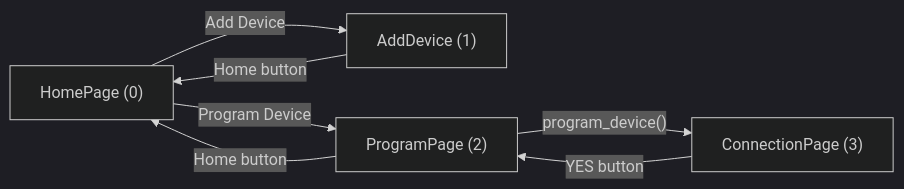
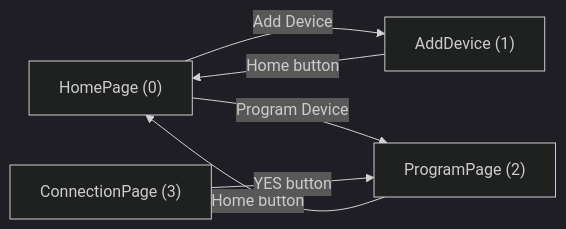
One commit to nlehnhof/ProgrammingWorkstation changed the second of 6 diagrams in documentation/WORKFLOW.md. Above: the diagram before and after it, drawn with Mermaid (dark theme). The commit also changed other lines of this file and 14 other files, not shown here.

````diff
--- a/documentation/WORKFLOW.md
+++ b/documentation/WORKFLOW.md
@@ -39,9 +39,8 @@
 ```mermaid
 flowchart LR
     Home["HomePage (0)"] -->|Add Device| Add["AddDevice (1)"]
     Home -->|Program Device| Prog["ProgramPage (2)"]
     Add -->|Home button| Home
     Prog -->|Home button| Home
-    Prog -->|"program_device()"| Conn["ConnectionPage (3)"]
-    Conn -->|YES button| Prog
+    Conn["ConnectionPage (3)"] -->|YES button| Prog
 ```
````
